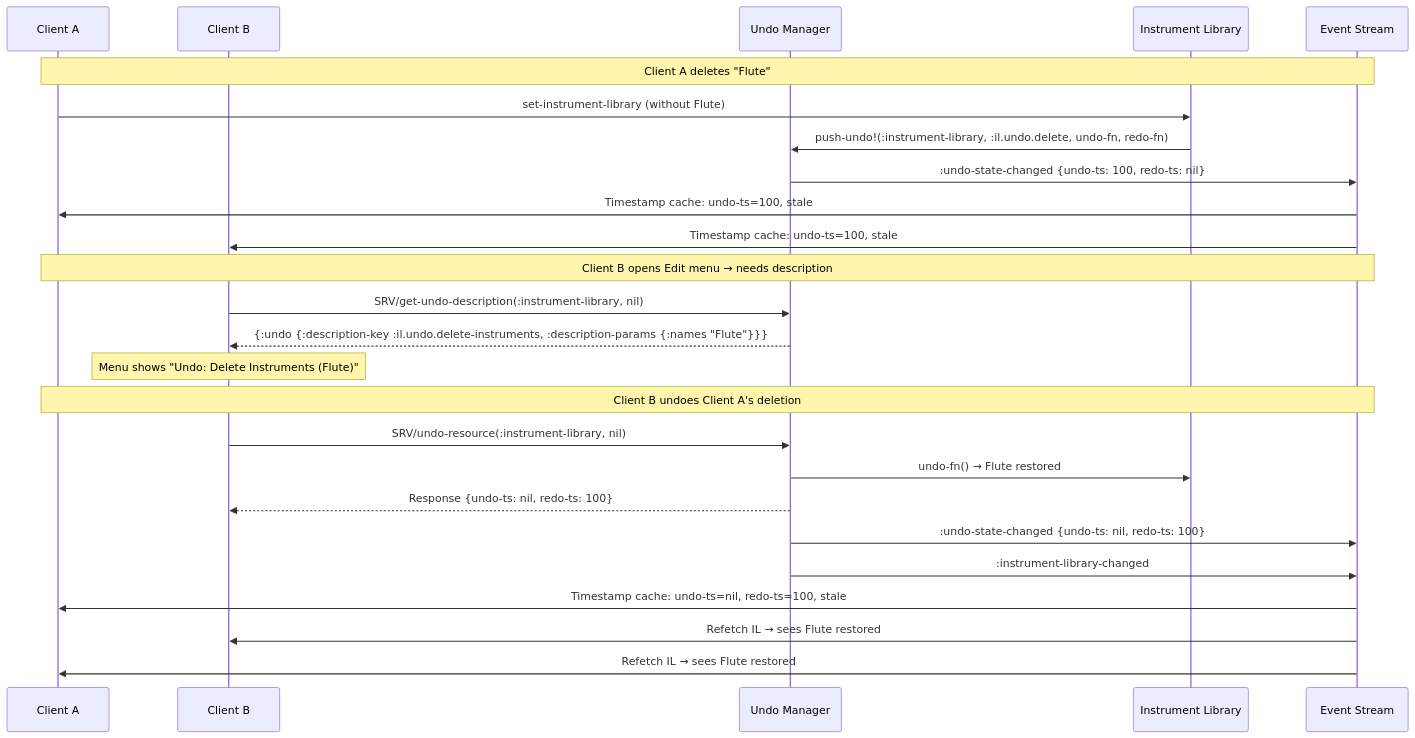
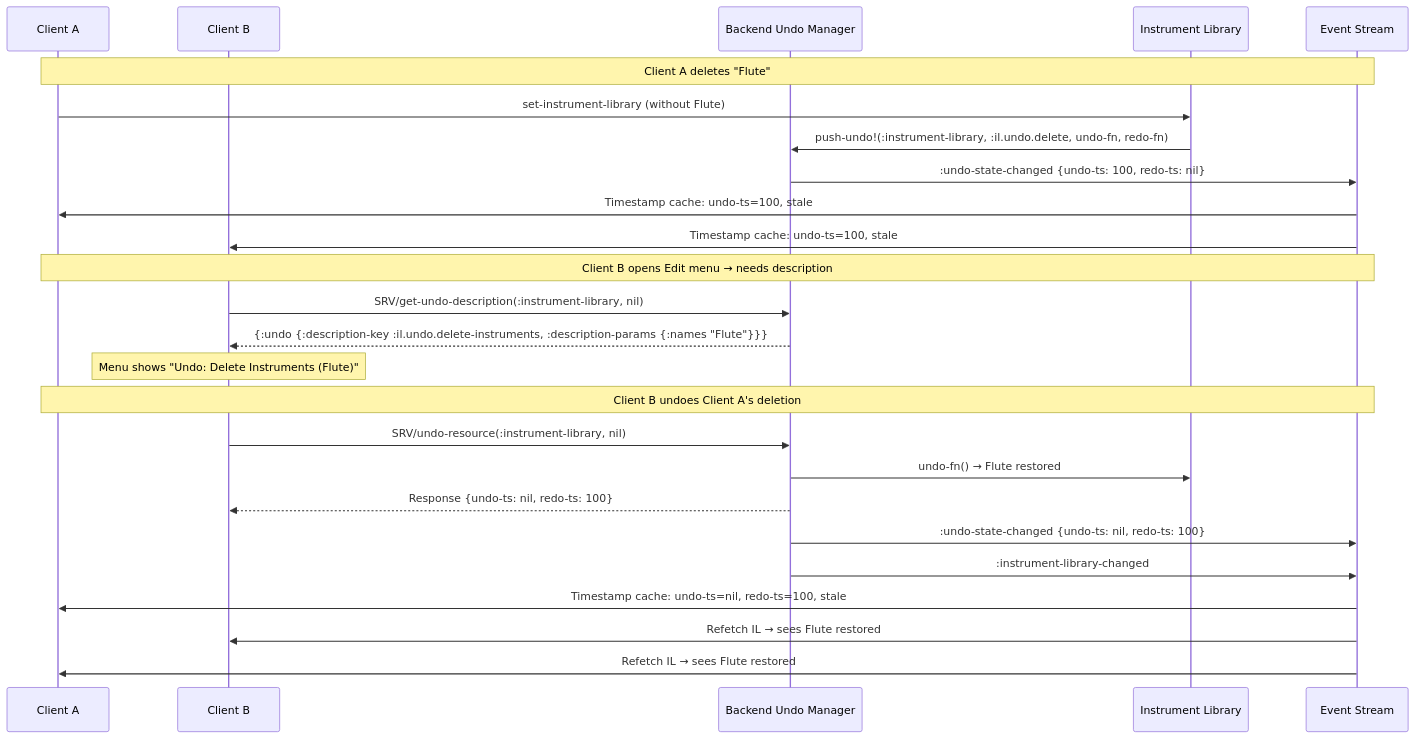
The second of 3 diagrams in ADRs/0015-Undo-and-Redo.md (PeterBengtson/Ooloi-docs), drawn with Mermaid before and after one commit. The commit also changed other lines of this file and 10 other files, not shown here.

````diff
--- a/ADRs/0015-Undo-and-Redo.md
+++ b/ADRs/0015-Undo-and-Redo.md
@@ -709,30 +717,30 @@
 ```mermaid
 sequenceDiagram
     participant A as Client A
     participant B as Client B
-    participant UM as Undo Manager
+    participant UM as Backend Undo Manager
     participant IL as Instrument Library
     participant E as Event Stream
 
     Note over A,E: Client A deletes "Flute"
     A->>IL: set-instrument-library (without Flute)
     IL->>UM: push-undo!(:instrument-library, :il.undo.delete, undo-fn, redo-fn)
     UM->>E: :undo-state-changed {undo-ts: 100, redo-ts: nil}
     E->>A: Timestamp cache: undo-ts=100, stale
     E->>B: Timestamp cache: undo-ts=100, stale
 
     Note over A,E: Client B opens Edit menu → needs description
     B->>UM: SRV/get-undo-description(:instrument-library, nil)
     UM-->>B: {:undo {:description-key :il.undo.delete-instruments, :description-params {:names "Flute"}}}
     Note over B: Menu shows "Undo: Delete Instruments (Flute)"
 
     Note over A,E: Client B undoes Client A's deletion
     B->>UM: SRV/undo-resource(:instrument-library, nil)
     UM->>IL: undo-fn() → Flute restored
     UM-->>B: Response {undo-ts: nil, redo-ts: 100}
     UM->>E: :undo-state-changed {undo-ts: nil, redo-ts: 100}
     UM->>E: :instrument-library-changed
     E->>A: Timestamp cache: undo-ts=nil, redo-ts=100, stale
     E->>B: Refetch IL → sees Flute restored
     E->>A: Refetch IL → sees Flute restored
 ```
````
